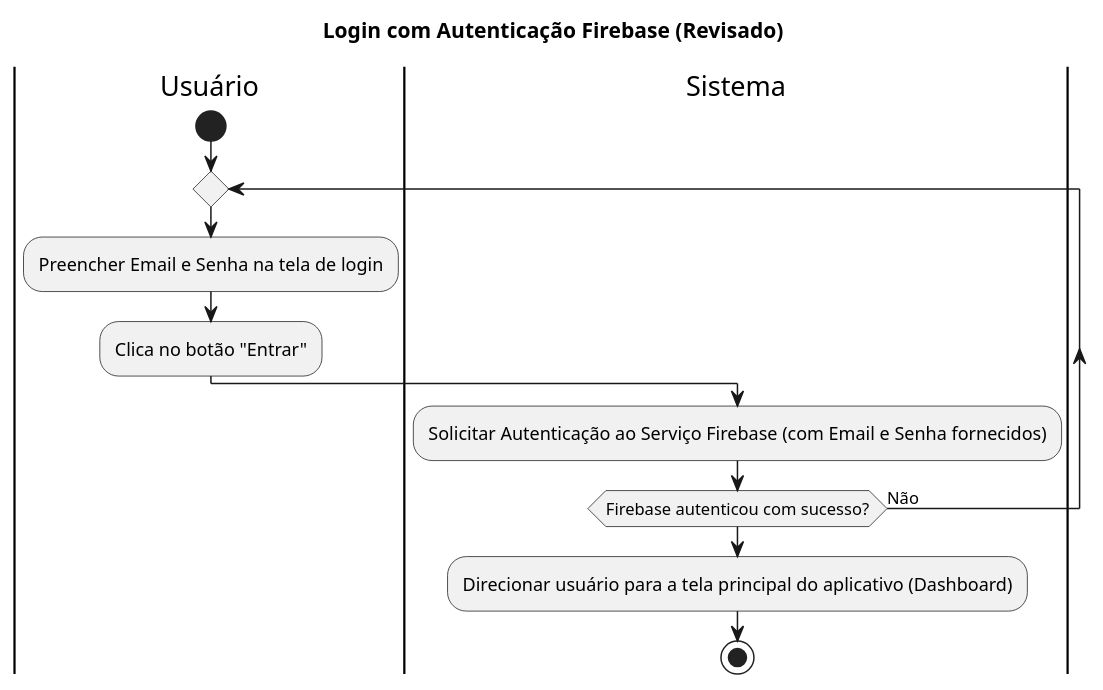
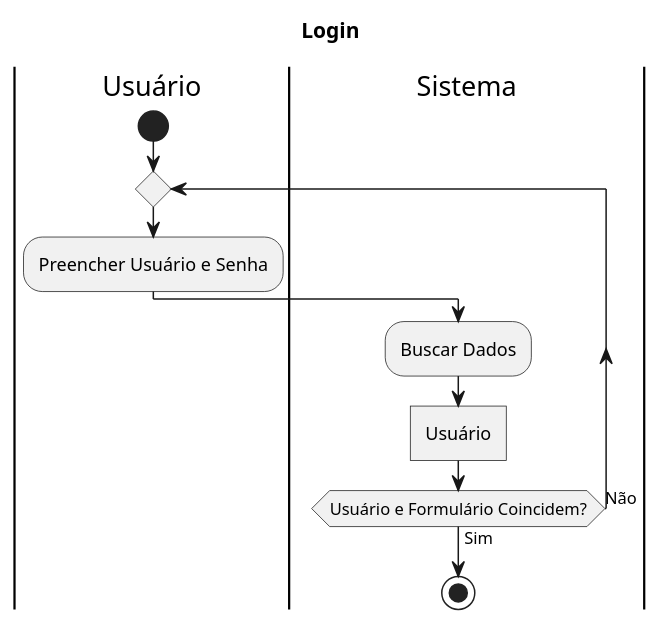
Before and after one commit to pedrOfsilveira/diagramas: the diagram in atividades/Login.wsd, drawn with PlantUML. The commit also changed 17 other files, not shown here.

```diff
--- a/atividades/Login.wsd
+++ b/atividades/Login.wsd
@@ -1,17 +1,15 @@
 @startuml
 
-title Login com Autenticação Firebase (Revisado)
+title Login
 
 |Usuário|
 start
 repeat
-    :Preencher Email e Senha na tela de login;
-    :Clica no botão "Entrar";
-|Sistema|
-    :Solicitar Autenticação ao Serviço Firebase (com Email e Senha fornecidos);
-repeat while (Firebase autenticou com sucesso?) is (Não)
-
-:Direcionar usuário para a tela principal do aplicativo (Dashboard);
+    :Preencher Usuário e Senha;
+    |Sistema|
+    :Buscar Dados;
+    :Usuário]
+repeat while(Usuário e Formulário Coincidem?) is (Não) not (Sim)
 stop
 
 @enduml
```
